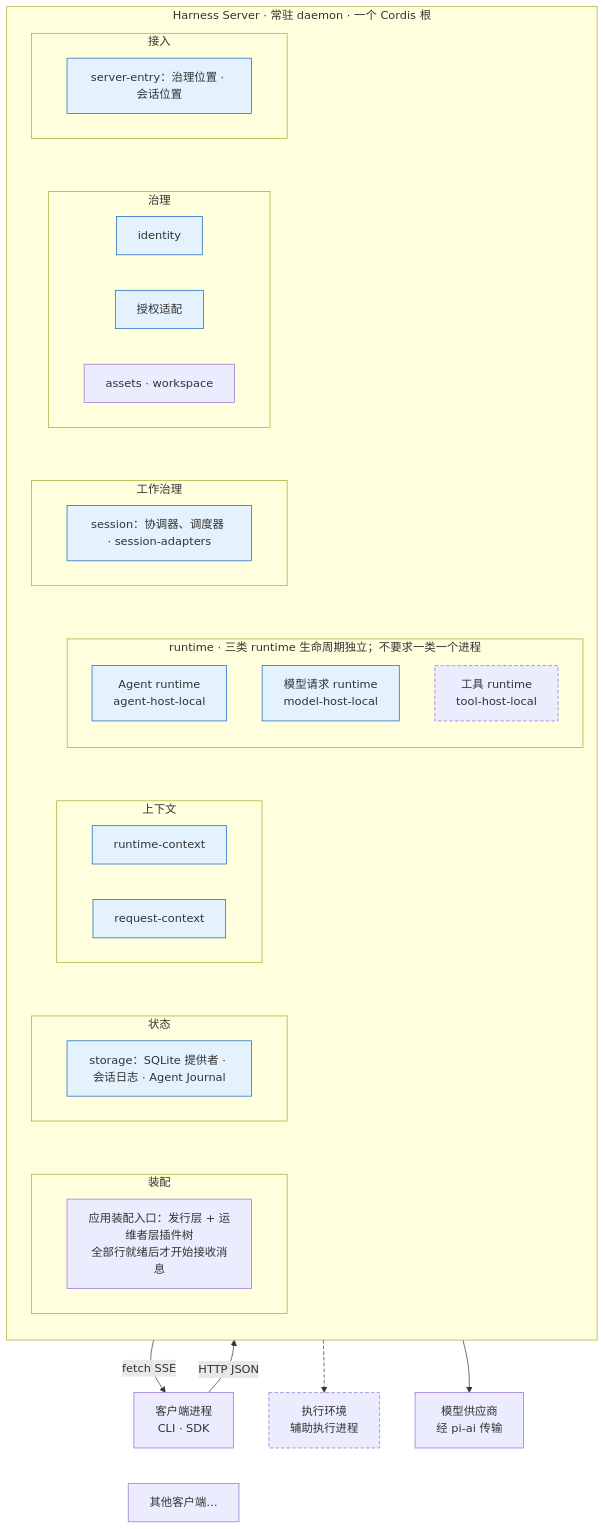
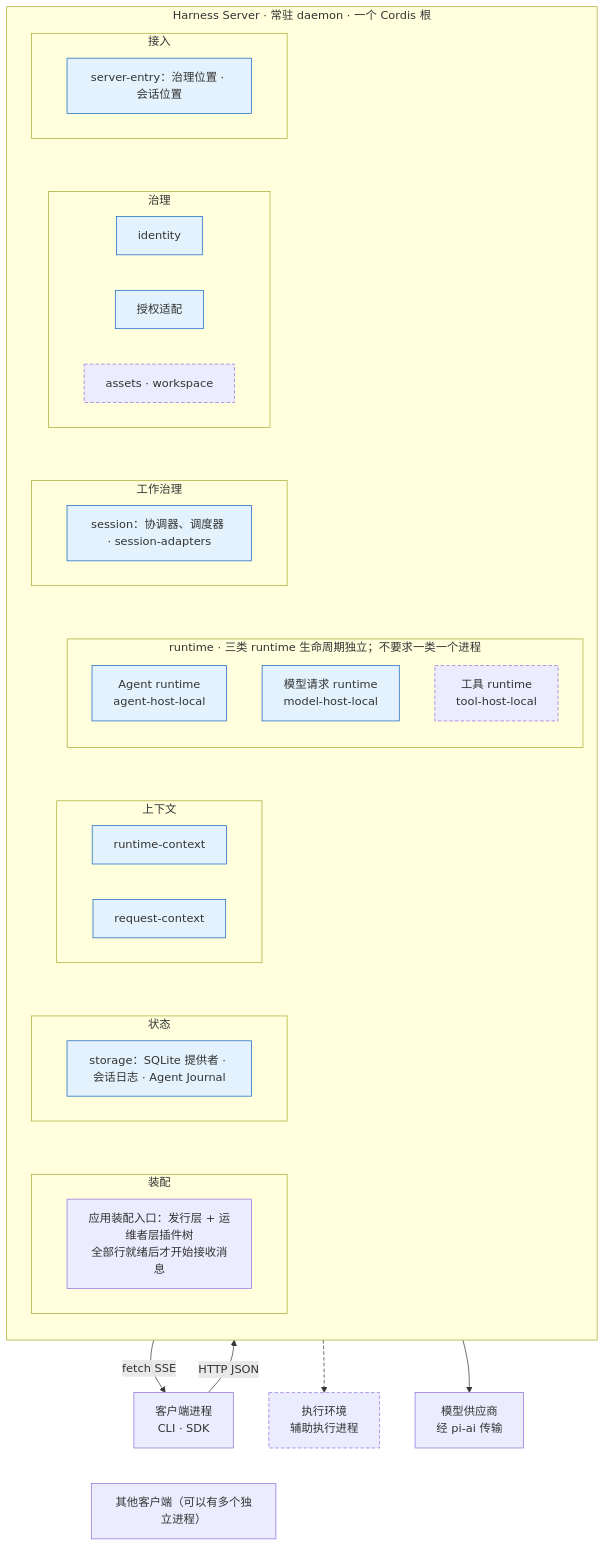
The fourth of 4 diagrams in docs/orientation.md (nemori-ai/omne-harness-lite), drawn with Mermaid before and after one commit. The commit also changed other lines of this file and 1 other file, not shown here.

First line of the commit message:
docs: 开工定向页按冻结头事实修正冲突标注与图（#767 修复轮）

````diff
--- a/docs/orientation.md
+++ b/docs/orientation.md
@@ -211,51 +217,51 @@
 ```mermaid
 flowchart TB
   client["客户端进程<br/>CLI · SDK"]
-  moreClients["其他客户端…"]
+  moreClients["其他客户端（可以有多个独立进程）"]
   subgraph server["Harness Server · 常驻 daemon · 一个 Cordis 根"]
     direction TB
     subgraph layerEntry["接入"]
       entry["server-entry：治理位置 · 会话位置"]
     end
     subgraph layerGov["治理"]
       identity["identity"]
       authz["授权适配"]
       assetsWs["assets · workspace"]
     end
     subgraph layerWork["工作治理"]
       sess["session：协调器、调度器 · session-adapters"]
     end
     subgraph layerRuntime["runtime · 三类 runtime 生命周期独立；不要求一类一个进程"]
       agentRt["Agent runtime<br/>agent-host-local"]
       modelRt["模型请求 runtime<br/>model-host-local"]
       toolRt["工具 runtime<br/>tool-host-local"]
     end
     subgraph layerContext["上下文"]
       rc["runtime-context"]
       rq["request-context"]
     end
     subgraph layerState["状态"]
       st["storage：SQLite 提供者 · 会话日志 · Agent Journal"]
     end
     subgraph layerAssembly["装配"]
       boot["应用装配入口：发行层 + 运维者层插件树<br/>全部行就绪后才开始接收消息"]
     end
   end
   env["执行环境<br/>辅助执行进程"]
   provider["模型供应商<br/>经 pi-ai 传输"]
 
   client -->|"HTTP JSON"| server
   server -->|"fetch SSE"| client
   toolRt -.-> env
   server --> provider
 
   %% 以下 ~~~ 是不可见的排版连线，不表示任何关系
   layerEntry ~~~ layerGov ~~~ layerWork ~~~ layerRuntime ~~~ layerContext ~~~ layerState ~~~ layerAssembly
   client ~~~ moreClients
 
   classDef loaded fill:#e3f2fd,stroke:#1565c0
   classDef absent stroke-dasharray:5 3
   class entry,identity,authz,sess,agentRt,modelRt,rc,rq,st loaded
-  class toolRt,env absent
+  class assetsWs,toolRt,env absent
   linkStyle 2 stroke-dasharray:5 3
 ```
````
